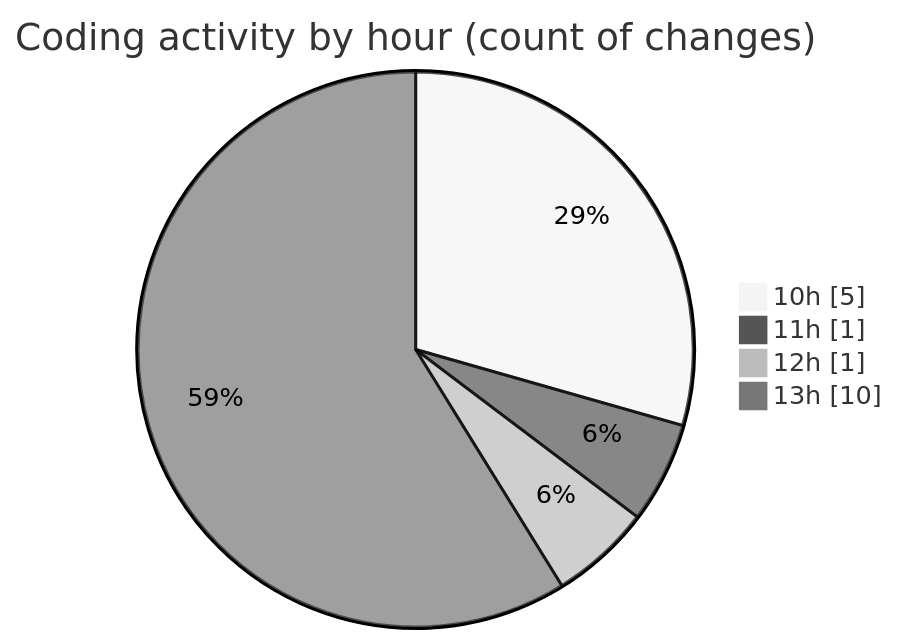
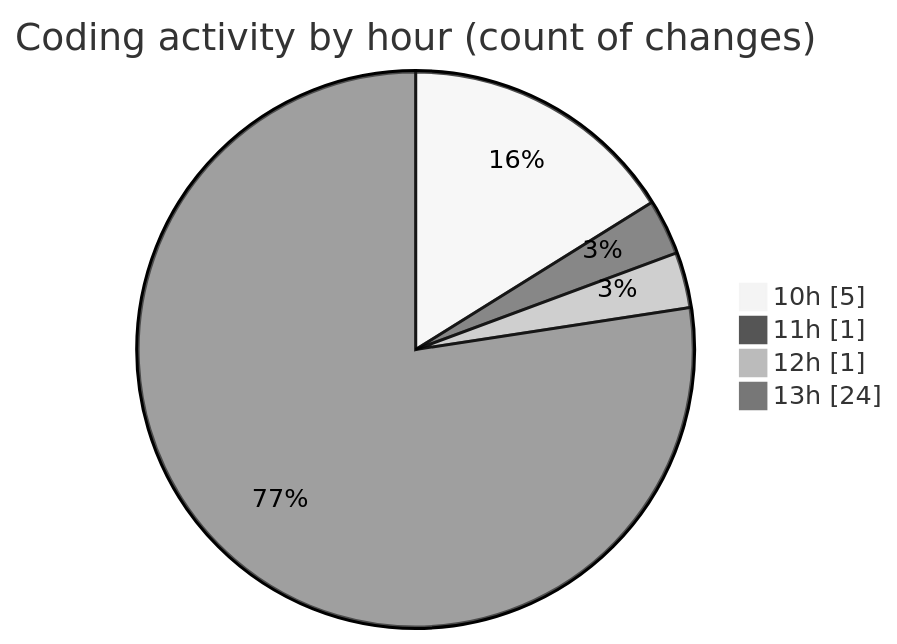
The second of 2 diagrams in 2026-04-21/cda/README.md (momahboobian/code-tracking), drawn with Mermaid (neutral theme) before and after one commit. The commit also changed other lines of this file and 1 other file, not shown here.

````diff
--- a/2026-04-21/cda/README.md
+++ b/2026-04-21/cda/README.md
@@ -40,8 +55,8 @@
 ```mermaid
 pie showData
 title Coding activity by hour (count of changes)
 "10h" : 5
 "11h" : 1
 "12h" : 1
-"13h" : 10
+"13h" : 24
 ```
````
